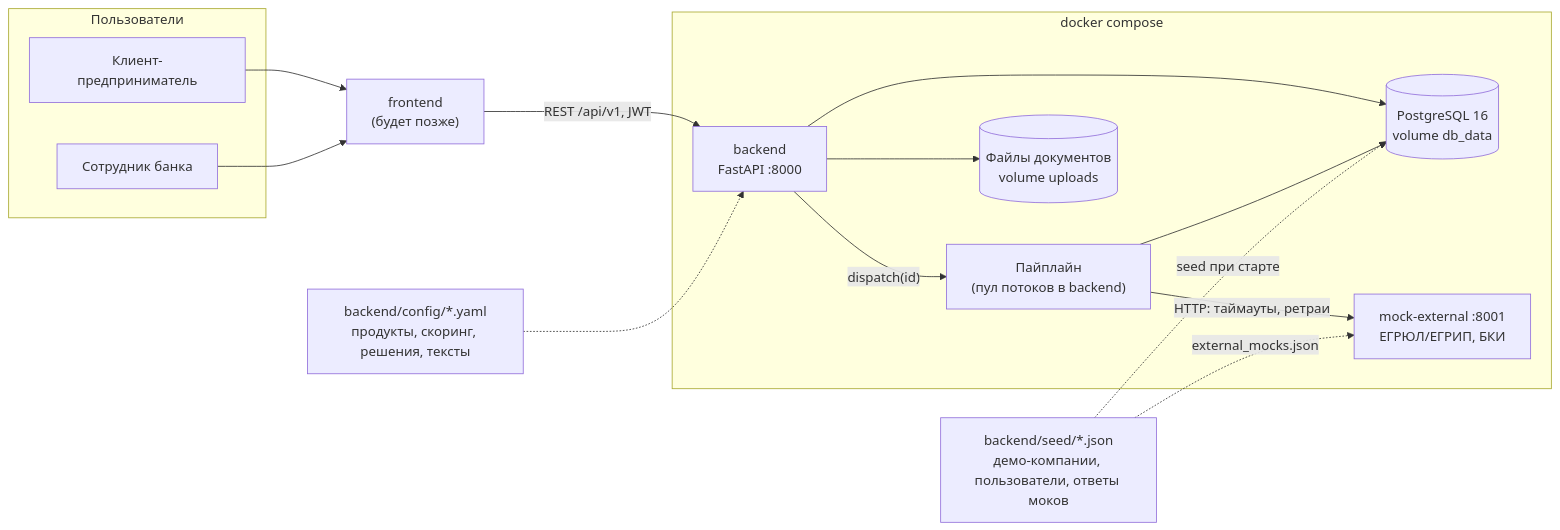
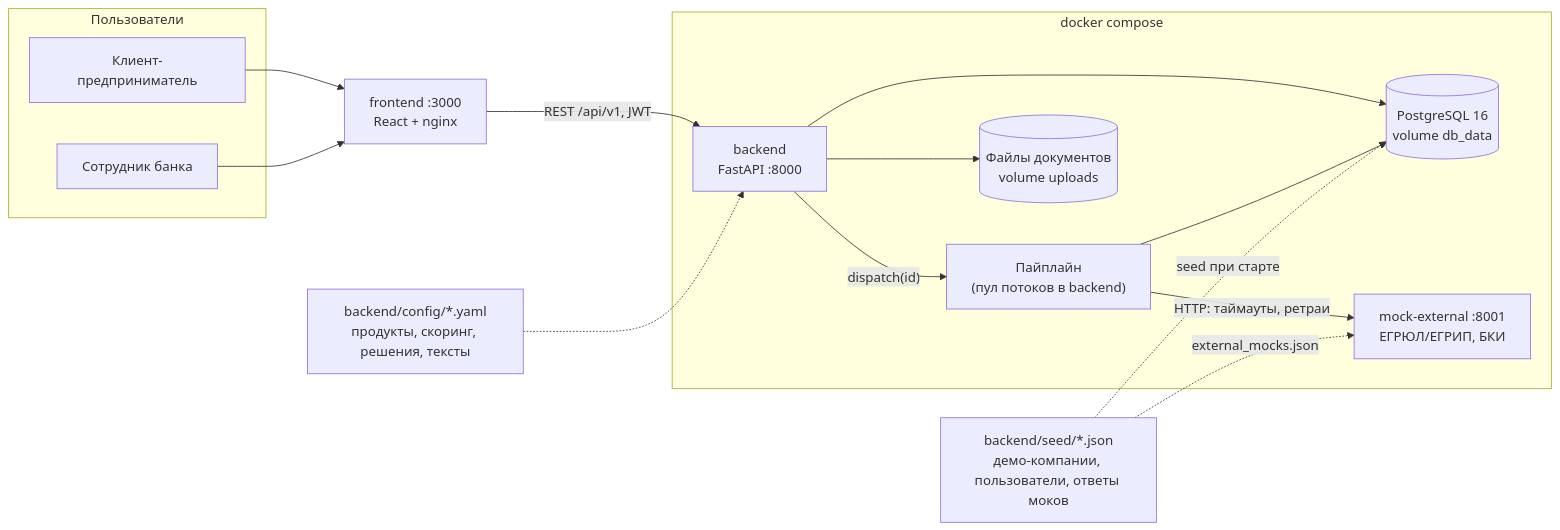
The first of 2 diagrams in docs/architecture.md (w0013419938/alfa-hack-2026), drawn with Mermaid before and after one commit. The commit also changed other lines of this file and 19 other files, not shown here.

````diff
--- a/docs/architecture.md
+++ b/docs/architecture.md
@@ -5,32 +5,32 @@
 ```mermaid
 flowchart LR
     subgraph client["Пользователи"]
         C["Клиент-предприниматель"]
         E["Сотрудник банка"]
     end
 
-    F["frontend<br/>(будет позже)"]
+    F["frontend :3000<br/>React + nginx"]
 
     subgraph compose["docker compose"]
         B["backend<br/>FastAPI :8000"]
         W["Пайплайн<br/>(пул потоков в backend)"]
         DB[("PostgreSQL 16<br/>volume db_data")]
         FS[("Файлы документов<br/>volume uploads")]
         M["mock-external :8001<br/>ЕГРЮЛ/ЕГРИП, БКИ"]
     end
 
     CFG["backend/config/*.yaml<br/>продукты, скоринг, решения, тексты"]
     SEED["backend/seed/*.json<br/>демо-компании, пользователи, ответы моков"]
 
     C --> F
     E --> F
     F -->|"REST /api/v1, JWT"| B
     B --> DB
     B --> FS
     B -->|"dispatch(id)"| W
     W --> DB
     W -->|"HTTP: таймауты, ретраи"| M
     CFG -.-> B
     SEED -.->|"seed при старте"| DB
     SEED -.->|"external_mocks.json"| M
 ```
````
